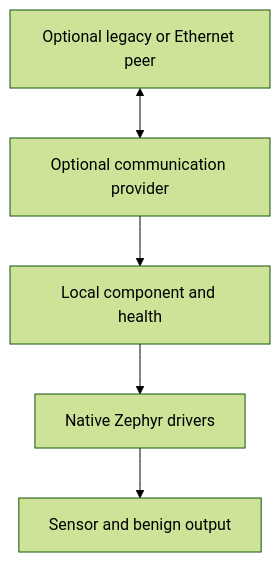
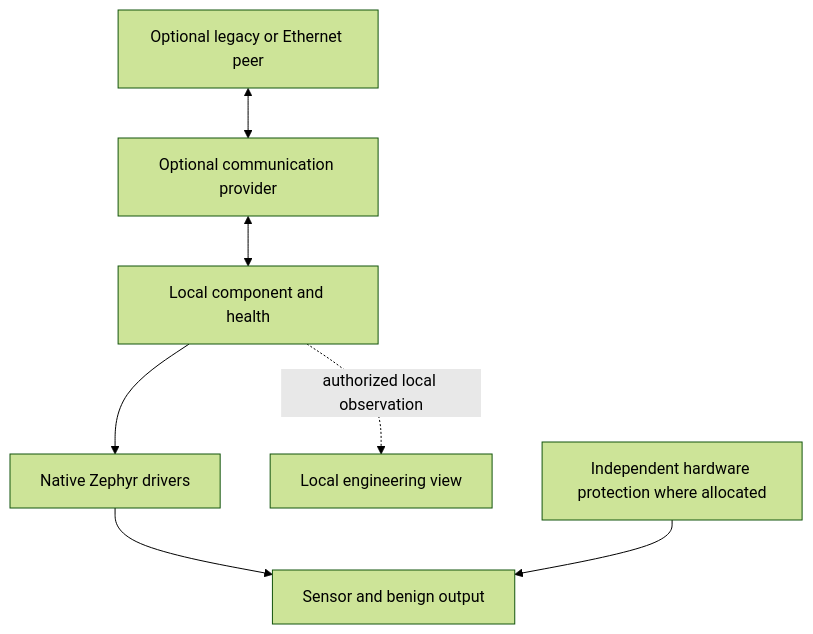
One commit to susmithmrm/ZARC changed the diagram in docs/architecture/diagrams/D04.mmd. Above: the diagram before and after it, drawn with Mermaid (forest theme). The commit also changed 10 other files, not shown here.

Commit message:
Synchronize lifecycle diagrams and public design-phase pages with Z12

```diff
--- a/docs/architecture/diagrams/D04.mmd
+++ b/docs/architecture/diagrams/D04.mmd
@@ -1,5 +1,7 @@
 flowchart TD
   N[Optional legacy or Ethernet peer] <--> C[Optional communication provider]
-  C --> A[Local component and health]
+  C <--> A[Local component and health]
   A --> Z[Native Zephyr drivers]
   Z --> I[Sensor and benign output]
+  A -. authorized local observation .-> V[Local engineering view]
+  P[Independent hardware protection where allocated] --> I
```
